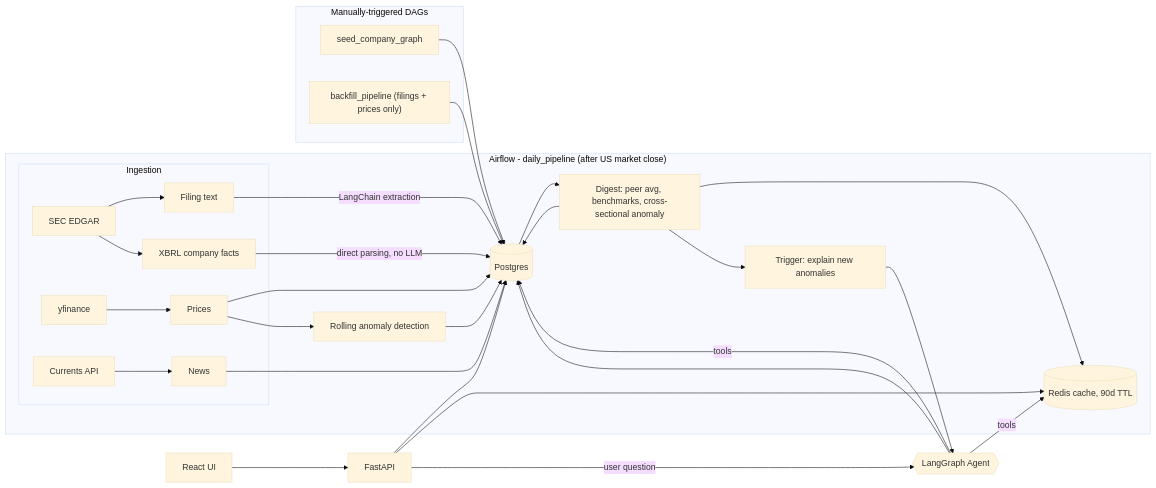
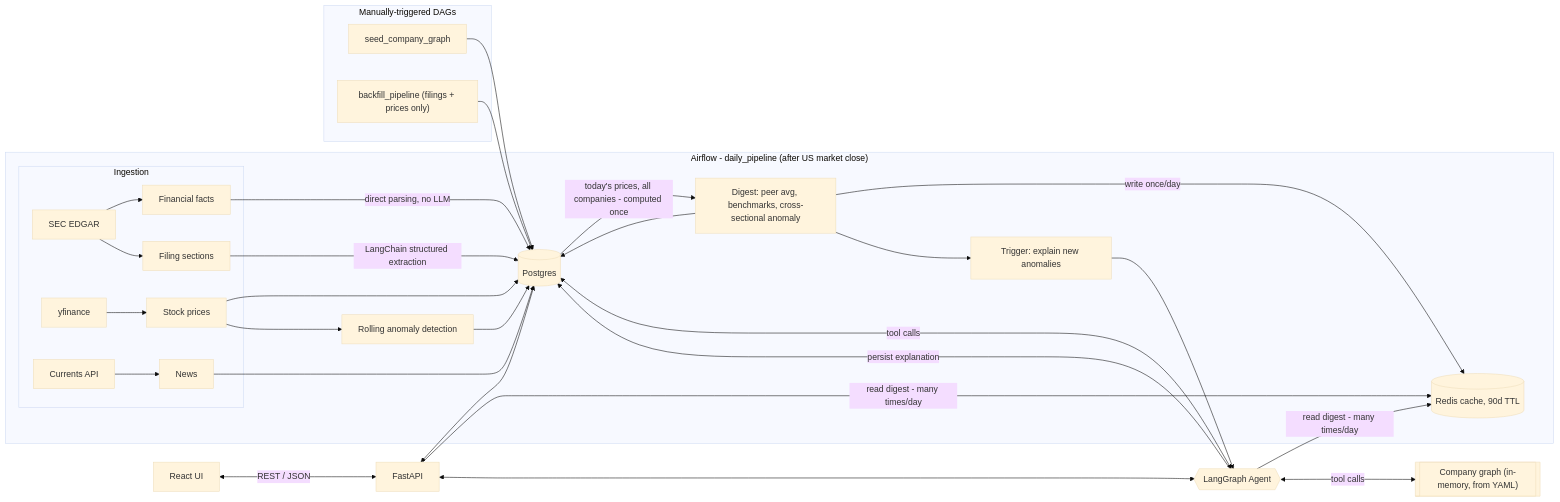
Before and after one commit to RuiDavid5b/yield-line: the diagram in README.md, drawn with Mermaid (base theme). The commit also changed other lines of this file, not shown here.

Commit message:
update diagram

````diff
--- a/README.md
+++ b/README.md
@@ -18,40 +29,43 @@
 ```mermaid
 flowchart LR
     subgraph Airflow["Airflow - daily_pipeline (after US market close)"]
         subgraph Ingestion
-            EDGAR[SEC EDGAR] --> FilingText[Filing text]
-            EDGAR --> XBRL[XBRL company facts]
-            YF[yfinance] --> Prices
+            EDGAR[SEC EDGAR] --> XBRL[Financial facts]
+            EDGAR --> Sections[Filing sections]
+            YF[yfinance] --> Prices[Stock prices]
             NewsAPI[Currents API] --> NewsData[News]
         end
 
-        FilingText -->|"LangChain extraction"| PG[(Postgres)]
+        Sections -->|"LangChain structured extraction"| PG[(Postgres)]
         XBRL -->|"direct parsing, no LLM"| PG
         Prices --> PG
         NewsData --> PG
 
         Prices --> Rolling[Rolling anomaly detection]
         Rolling --> PG
 
-        PG --> Digest[Digest: peer avg, benchmarks, cross-sectional anomaly]
-        Digest --> Redis[(Redis cache, 90d TTL)]
+        PG -->|"today's prices, all companies - computed once"| Digest[Digest: peer avg, benchmarks, cross-sectional anomaly]
         Digest --> PG
+        Digest -->|"write once/day"| Redis[(Redis cache, 90d TTL)]
 
         Digest --> AutoExplain[Trigger: explain new anomalies]
     end
 
     subgraph OneOff["Manually-triggered DAGs"]
         Seed[seed_company_graph] --> PG
         Backfill["backfill_pipeline (filings + prices only)"] --> PG
     end
 
+    CompanyGraph[["Company graph (in-memory, from YAML)"]]
+
     AutoExplain --> Agent{{LangGraph Agent}}
-    Agent -->|"tools"| PG
-    Agent -->|"tools"| Redis
-    Agent --> PG
+    Agent <-->|"tool calls"| PG
+    Agent -->|"read digest - many times/day"| Redis
+    Agent <-->|"tool calls"| CompanyGraph
+    Agent -->|"persist explanation"| PG
 
-    Frontend[React UI] --> API[FastAPI]
-    API -->|"user question"| Agent
-    API --> PG
-    API --> Redis
+    Frontend[React UI] <-->|"REST / JSON"| API[FastAPI]
+    API <--> Agent
+    API <--> PG
+    API -->|"read digest - many times/day"| Redis
 ```
````
